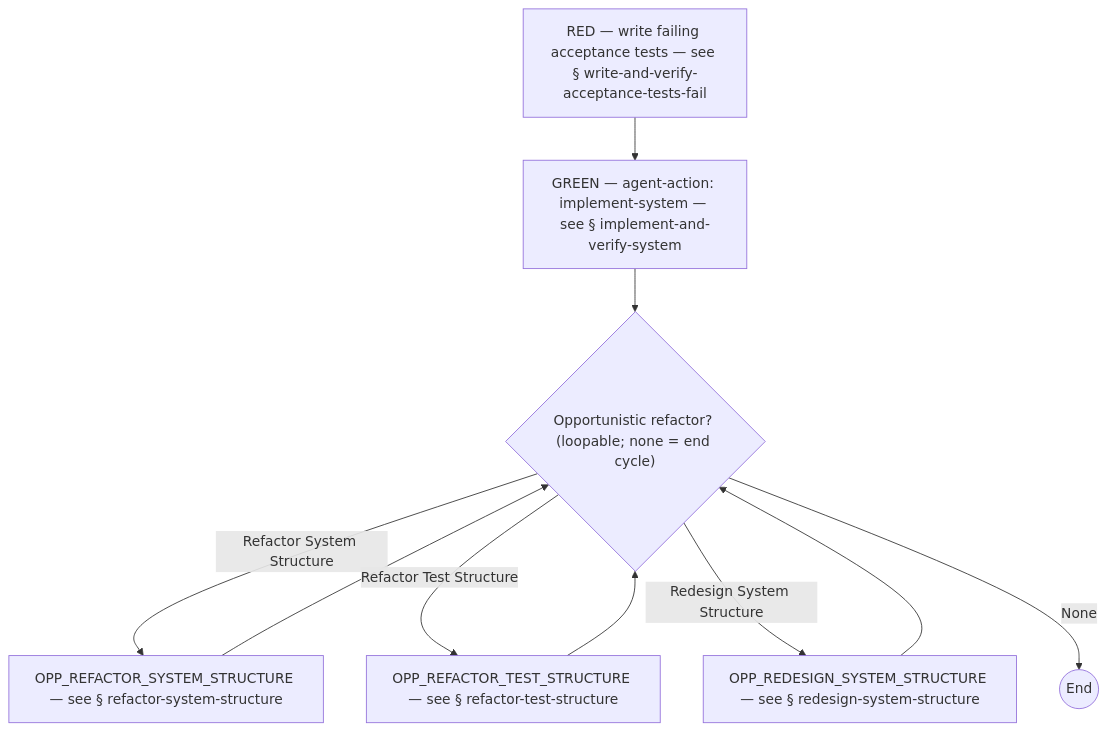
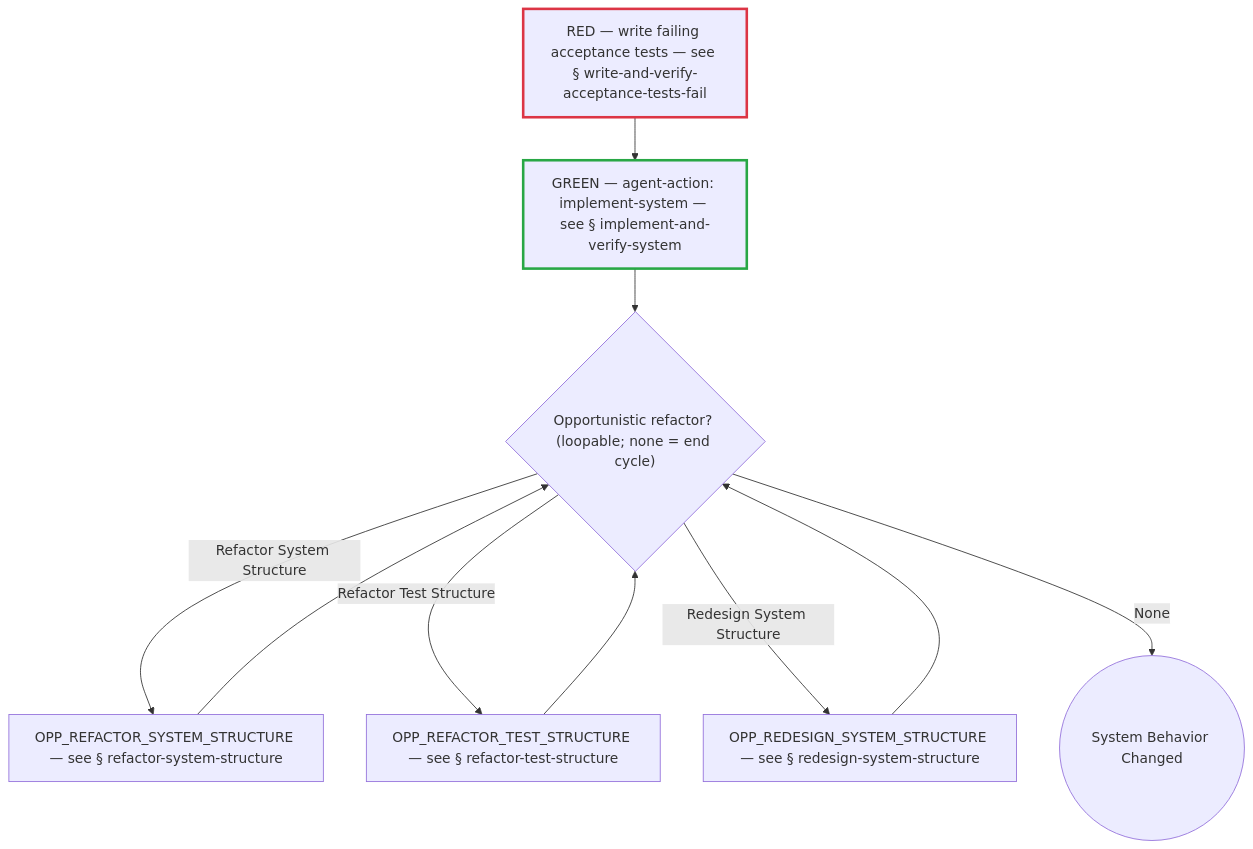
One commit to optivem/gh-optivem changed the eighth of 50 diagrams in docs/process-diagram.md. Above: the diagram before and after it, drawn with Mermaid. The commit also changed other lines of this file and 5 other files, not shown here.

````diff
--- a/docs/process-diagram.md
+++ b/docs/process-diagram.md
@@ -172,20 +195,26 @@
 ```mermaid
 flowchart TD
-    CHANGE_SYSTEM_BEHAVIOR_END((End))
+    CHANGE_SYSTEM_BEHAVIOR_END((System Behavior Changed))
     GATE_OPPORTUNISTIC_REFACTOR{"Opportunistic refactor? (loopable; none = end cycle)"}
     IMPLEMENT_AND_VERIFY_SYSTEM[GREEN — agent-action: implement-system — see § implement-and-verify-system]
     OPP_REDESIGN_SYSTEM_STRUCTURE[OPP_REDESIGN_SYSTEM_STRUCTURE — see § redesign-system-structure]
     OPP_REFACTOR_SYSTEM_STRUCTURE[OPP_REFACTOR_SYSTEM_STRUCTURE — see § refactor-system-structure]
     OPP_REFACTOR_TEST_STRUCTURE[OPP_REFACTOR_TEST_STRUCTURE — see § refactor-test-structure]
     WRITE_AND_VERIFY_ACCEPTANCE_TESTS_FAIL[RED — write failing acceptance tests — see § write-and-verify-acceptance-tests-fail]
 
     WRITE_AND_VERIFY_ACCEPTANCE_TESTS_FAIL --> IMPLEMENT_AND_VERIFY_SYSTEM
     IMPLEMENT_AND_VERIFY_SYSTEM --> GATE_OPPORTUNISTIC_REFACTOR
     GATE_OPPORTUNISTIC_REFACTOR -- Refactor System Structure --> OPP_REFACTOR_SYSTEM_STRUCTURE
     GATE_OPPORTUNISTIC_REFACTOR -- Refactor Test Structure --> OPP_REFACTOR_TEST_STRUCTURE
     GATE_OPPORTUNISTIC_REFACTOR -- Redesign System Structure --> OPP_REDESIGN_SYSTEM_STRUCTURE
     GATE_OPPORTUNISTIC_REFACTOR -- None --> CHANGE_SYSTEM_BEHAVIOR_END
     OPP_REFACTOR_SYSTEM_STRUCTURE --> GATE_OPPORTUNISTIC_REFACTOR
     OPP_REFACTOR_TEST_STRUCTURE --> GATE_OPPORTUNISTIC_REFACTOR
     OPP_REDESIGN_SYSTEM_STRUCTURE --> GATE_OPPORTUNISTIC_REFACTOR
+
+    classDef tddRedNode stroke:#dc3545,stroke-width:3px
+    class WRITE_AND_VERIFY_ACCEPTANCE_TESTS_FAIL tddRedNode
+
+    classDef tddGreenNode stroke:#28a745,stroke-width:3px
+    class IMPLEMENT_AND_VERIFY_SYSTEM tddGreenNode
 ```
````
